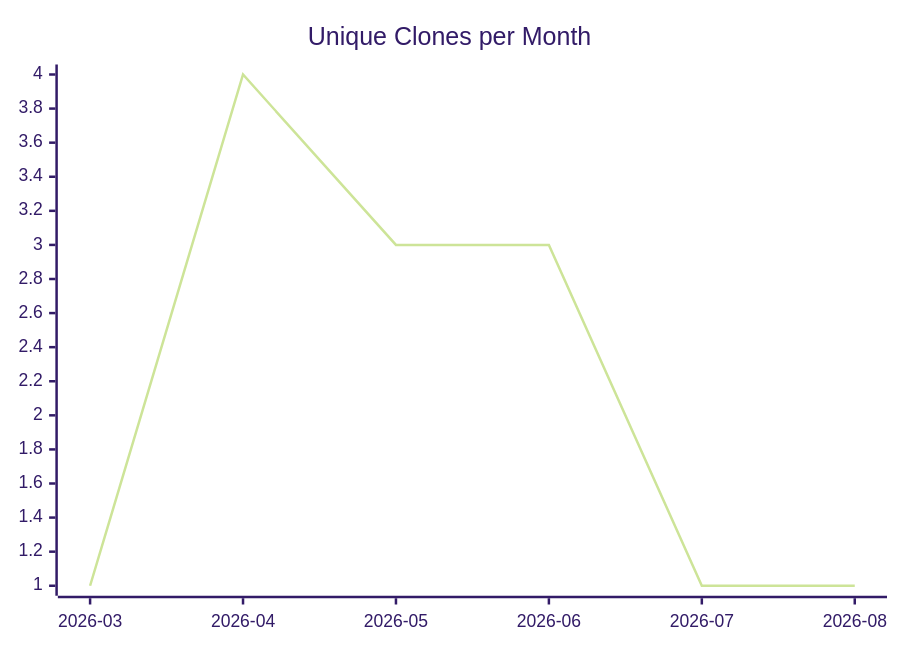
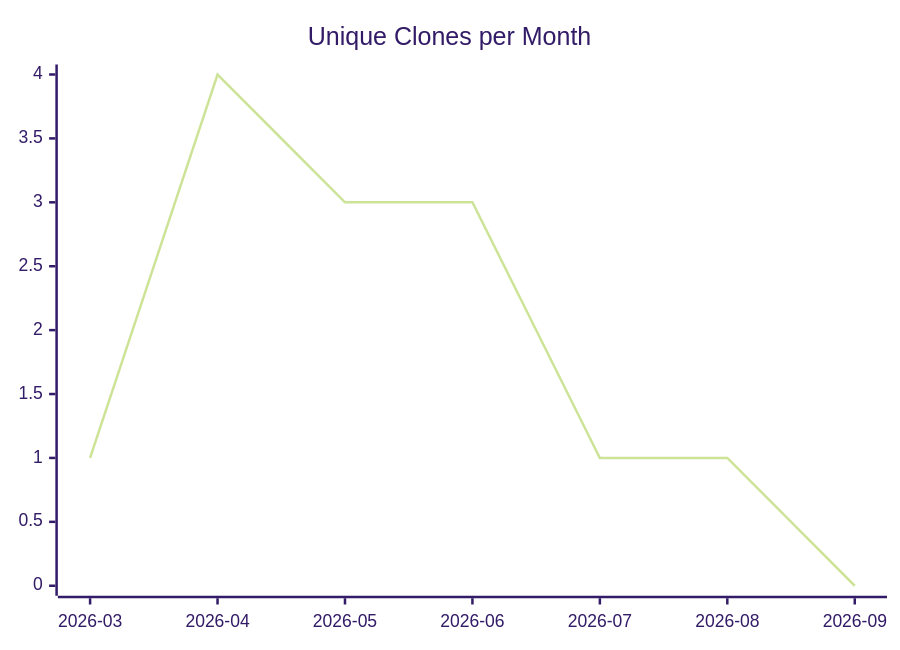
The third of 3 diagrams in karlmdavis/FHIR-Server/README.md (justdavis-family/github-analytics-data), drawn with Mermaid (forest theme) before and after one commit. The commit also changed other lines of this file and 191 other files, not shown here.

````diff
--- a/karlmdavis/FHIR-Server/README.md
+++ b/karlmdavis/FHIR-Server/README.md
@@ -19,6 +19,6 @@
 ```mermaid
 xychart-beta
   title "Unique Clones per Month"
-  x-axis ["2026-03", "2026-04", "2026-05", "2026-06", "2026-07", "2026-08"]
-  line [1, 4, 3, 3, 1, 1]
+  x-axis ["2026-03", "2026-04", "2026-05", "2026-06", "2026-07", "2026-08", "2026-09"]
+  line [1, 4, 3, 3, 1, 1, 0]
 ```
````
